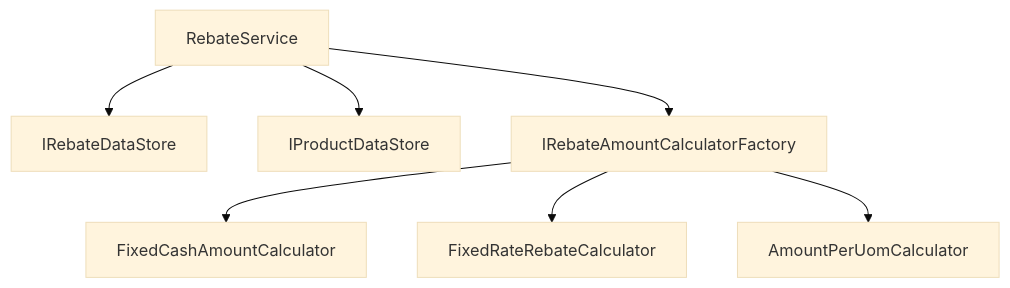
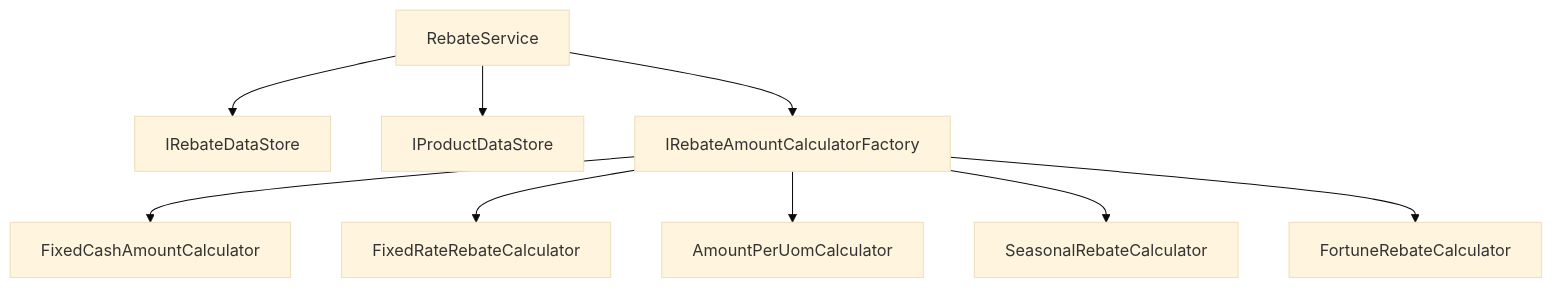
Before and after one commit to carlosproiete/Smartwyre: the diagram in Readme.md, drawn with Mermaid (base theme). The commit also changed other lines of this file and 11 other files, not shown here.

Commit message:
Add seasonal and fortune incentive types

````diff
--- a/Readme.md
+++ b/Readme.md
@@ -66,9 +66,11 @@
 ```mermaid
 flowchart TD
     B[RebateService] --> C[IRebateDataStore]
     B --> D[IProductDataStore]
     B --> E[IRebateAmountCalculatorFactory]
     E --> F[FixedCashAmountCalculator]
     E --> G[FixedRateRebateCalculator]
     E --> H[AmountPerUomCalculator]
+    E --> I[SeasonalRebateCalculator]
+    E --> J[FortuneRebateCalculator]
 ```
````
